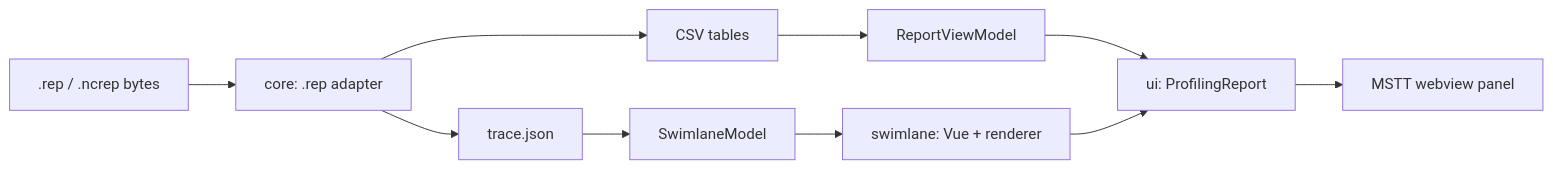
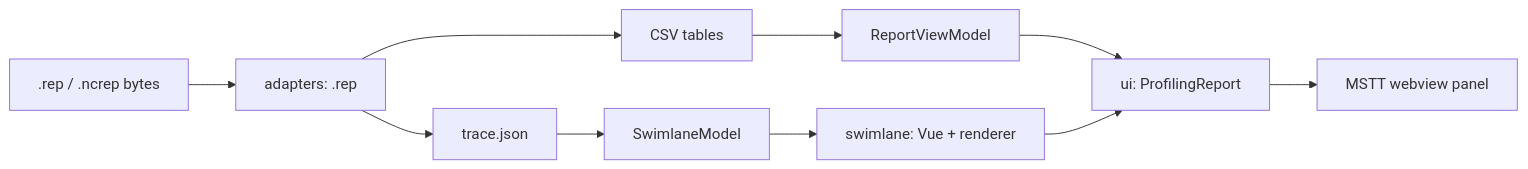
The second of 2 diagrams in docs/specs/architecture/ARCHITECTURE.md (IdeFrontend/profiling-report), drawn with Mermaid before and after one commit. The commit also changed other lines of this file and 42 other files, not shown here.

````diff
--- a/docs/specs/architecture/ARCHITECTURE.md
+++ b/docs/specs/architecture/ARCHITECTURE.md
@@ -76,12 +80,12 @@
 ```mermaid
 flowchart LR
-  RepFile[".rep / .ncrep bytes"] --> RepAdapter["core: .rep adapter"]
+  RepFile[".rep / .ncrep bytes"] --> RepAdapter["adapters: .rep"]
   RepAdapter --> CSVs["CSV tables"]
   RepAdapter --> Trace["trace.json"]
   CSVs --> ViewModel["ReportViewModel"]
   Trace --> SwimModel["SwimlaneModel"]
   ViewModel --> VueUI["ui: ProfilingReport"]
   SwimModel --> Swimlane["swimlane: Vue + renderer"]
   VueUI --> Host["MSTT webview panel"]
   Swimlane --> VueUI
 ```
````
